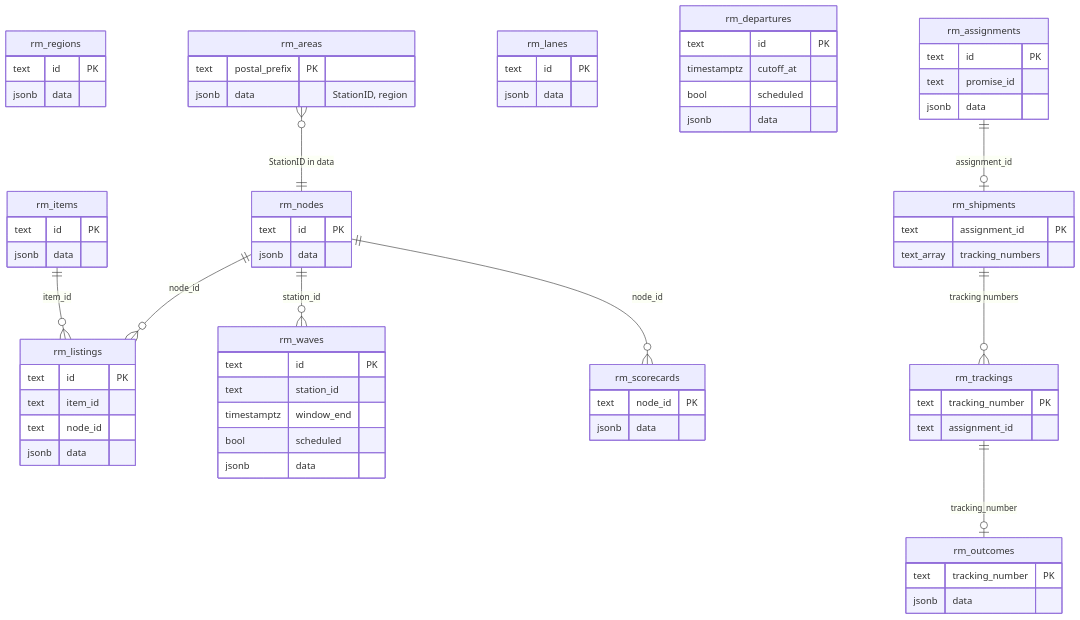
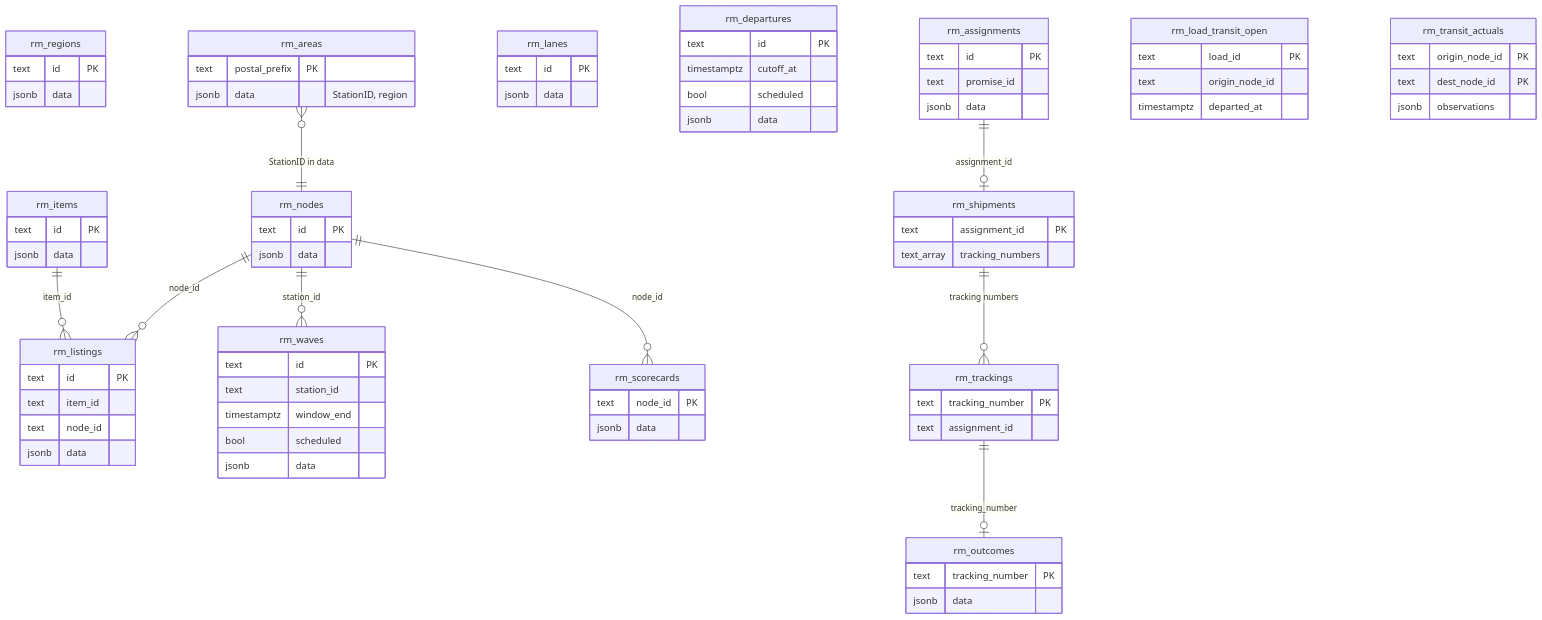
Before and after one commit to IQVO/delivery-promise: the second of 2 diagrams in docs/docs/ddd/entity-relationship.md, drawn with Mermaid. The commit also changed other lines of this file and 40 other files, not shown here.

````diff
--- a/docs/docs/ddd/entity-relationship.md
+++ b/docs/docs/ddd/entity-relationship.md
@@ -99,71 +99,81 @@
 ```mermaid
 erDiagram
   rm_nodes {
     text id PK
     jsonb data
   }
   rm_regions {
     text id PK
     jsonb data
   }
   rm_areas {
     text postal_prefix PK
     jsonb data "StationID, region"
   }
   rm_lanes {
     text id PK
     jsonb data
   }
   rm_items {
     text id PK
     jsonb data
   }
   rm_listings {
     text id PK
     text item_id
     text node_id
     jsonb data
   }
   rm_departures {
     text id PK
     timestamptz cutoff_at
     bool scheduled
     jsonb data
   }
   rm_waves {
     text id PK
     text station_id
     timestamptz window_end
     bool scheduled
     jsonb data
   }
   rm_scorecards {
     text node_id PK
     jsonb data
   }
   rm_assignments {
     text id PK
     text promise_id
     jsonb data
   }
   rm_shipments {
     text assignment_id PK
     text_array tracking_numbers
   }
   rm_trackings {
     text tracking_number PK
     text assignment_id
   }
   rm_outcomes {
     text tracking_number PK
     jsonb data
   }
+  rm_load_transit_open {
+    text load_id PK
+    text origin_node_id
+    timestamptz departed_at
+  }
+  rm_transit_actuals {
+    text origin_node_id PK
+    text dest_node_id PK
+    jsonb observations
+  }
   rm_nodes ||--o{ rm_listings : "node_id"
   rm_items ||--o{ rm_listings : "item_id"
   rm_nodes ||--o{ rm_scorecards : "node_id"
   rm_nodes ||--o{ rm_waves : "station_id"
   rm_areas }o--|| rm_nodes : "StationID in data"
   rm_assignments ||--o| rm_shipments : "assignment_id"
   rm_shipments ||--o{ rm_trackings : "tracking numbers"
   rm_trackings ||--o| rm_outcomes : "tracking_number"
 ```
````
